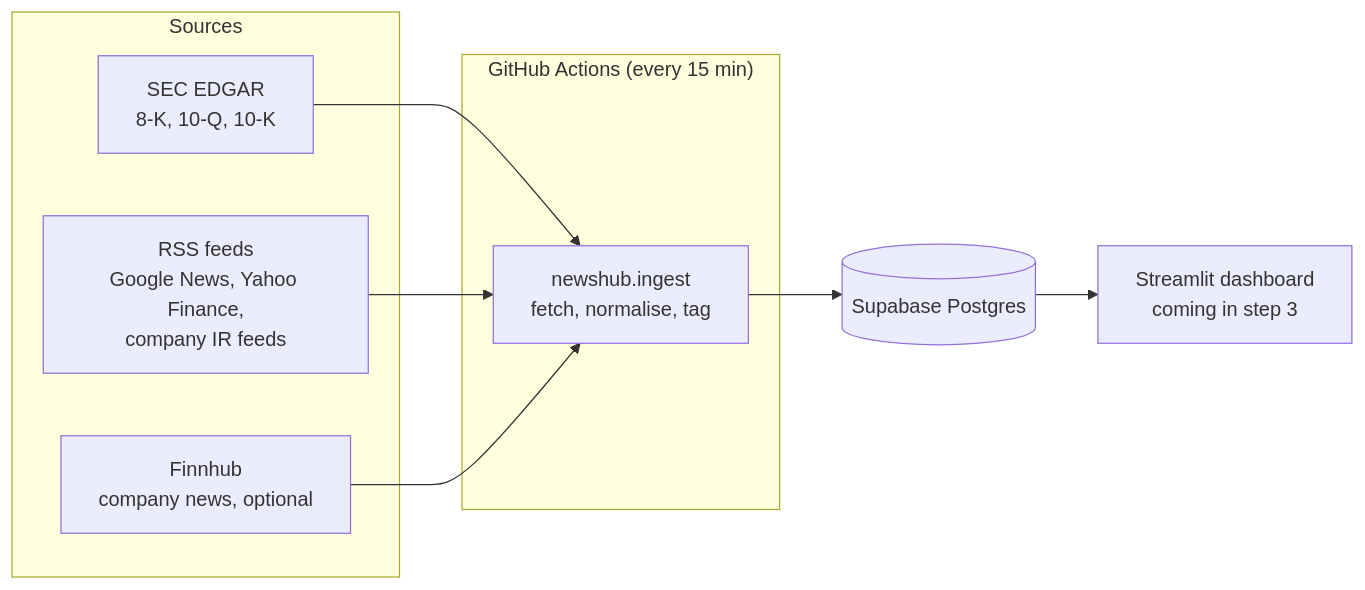
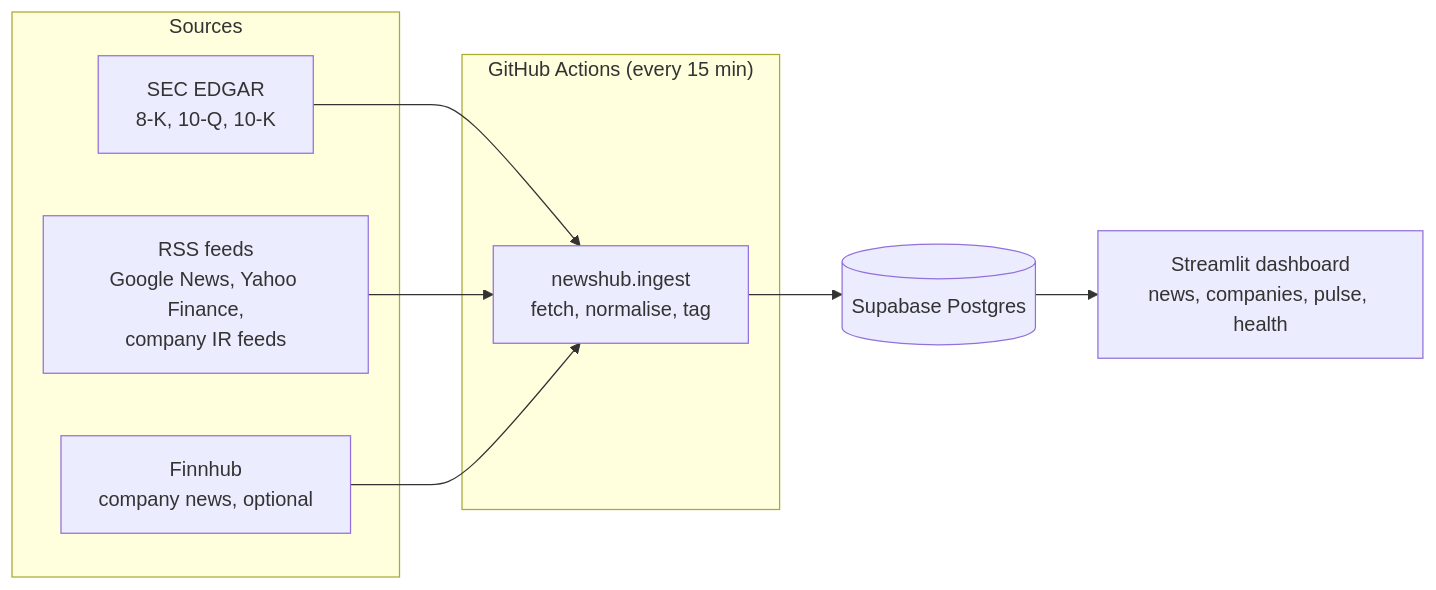
One commit to BillJ30/MARES changed the diagram in README.md. Above: the diagram before and after it, drawn with Mermaid. The commit also changed other lines of this file and 17 other files, not shown here.

````diff
--- a/README.md
+++ b/README.md
@@ -13,17 +13,17 @@
 ```mermaid
 flowchart LR
     subgraph Sources
         A[SEC EDGAR<br/>8-K, 10-Q, 10-K]
         B[RSS feeds<br/>Google News, Yahoo Finance,<br/>company IR feeds]
         C[Finnhub<br/>company news, optional]
     end
     subgraph "GitHub Actions (every 15 min)"
         D[newshub.ingest<br/>fetch, normalise, tag]
     end
     E[(Supabase Postgres)]
-    F[Streamlit dashboard<br/>coming in step 3]
+    F[Streamlit dashboard<br/>news, companies, pulse, health]
     A --> D
     B --> D
     C --> D
     D --> E --> F
 ```
````
